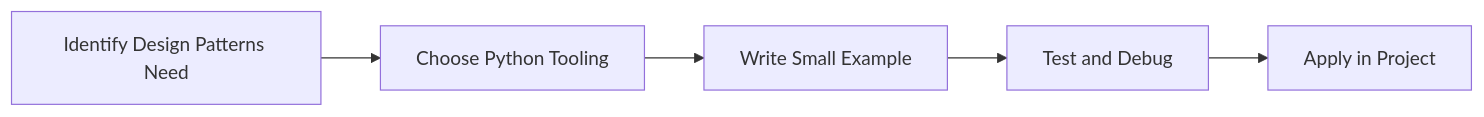
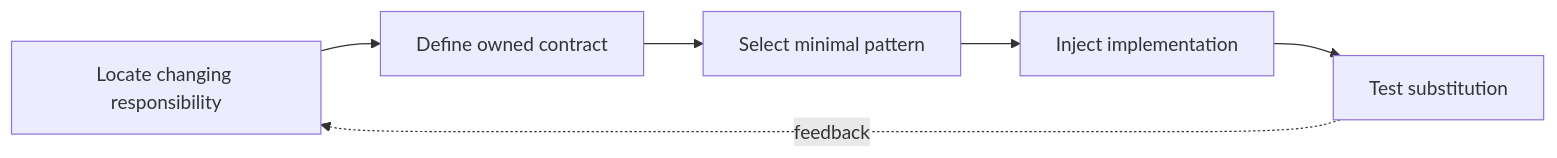
The diagram in Python-Mastery/Advanced/03-design-patterns.md (SYMOIZ/E-Learning-Portal), drawn with Mermaid before and after one commit. The commit also changed other lines of this file and 116 other files, not shown here.

````diff
--- a/Python-Mastery/Advanced/03-design-patterns.md
+++ b/Python-Mastery/Advanced/03-design-patterns.md
@@ -150,7 +172,8 @@
 ```mermaid
 flowchart LR
-    A[Identify Design Patterns Need] --> B[Choose Python Tooling]
-    B --> C[Write Small Example]
-    C --> D[Test and Debug]
-    D --> E[Apply in Project]
+    A[Locate changing responsibility] --> B[Define owned contract]
+    B --> C[Select minimal pattern]
+    C --> D[Inject implementation]
+    D --> E[Test substitution]
+    E -. feedback .-> A
 ```
````
